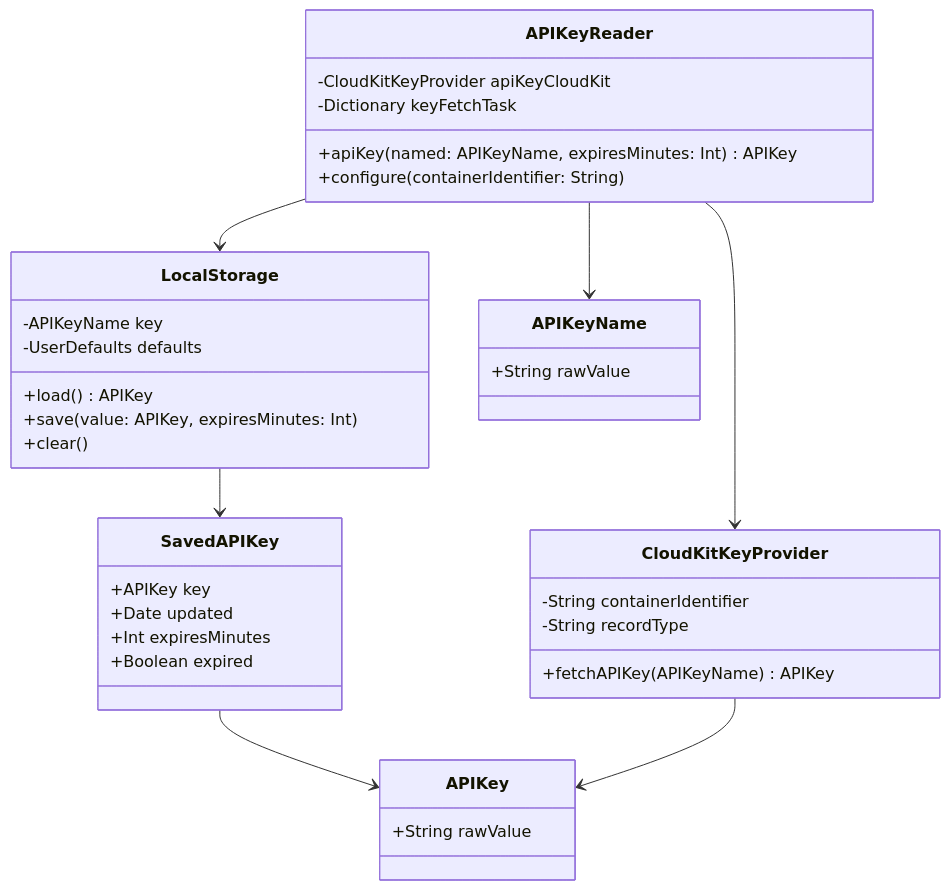
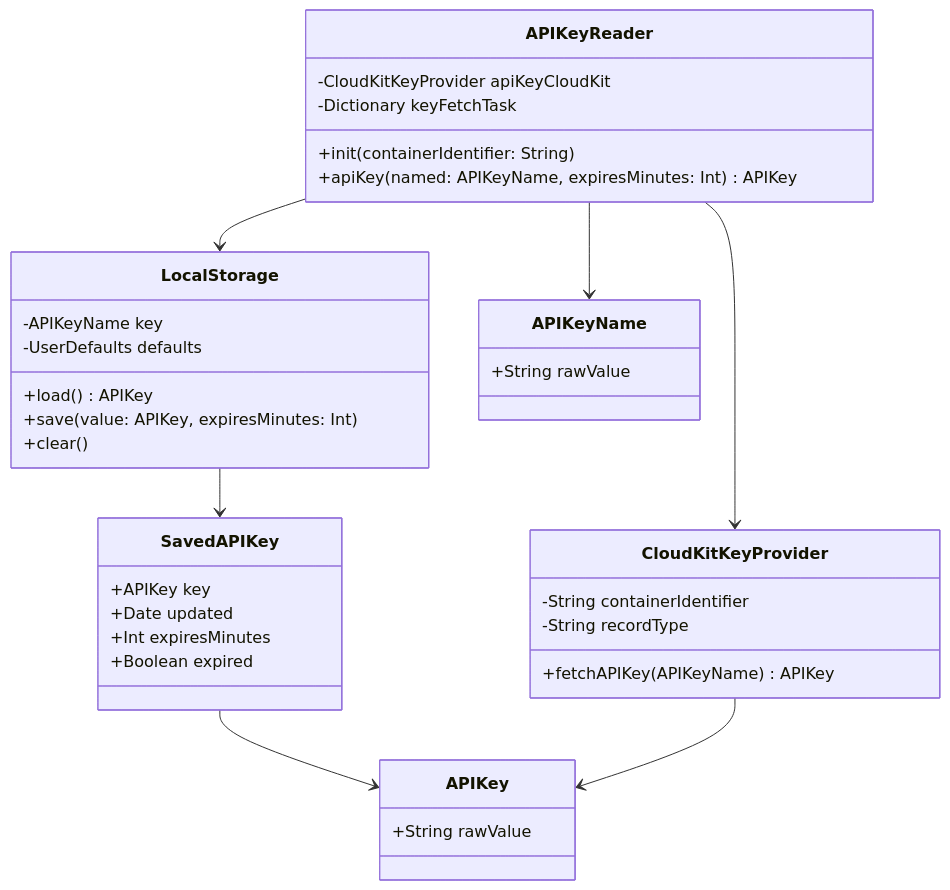
The first of 3 diagrams in Docs/readme.md (kraigspear/APIKeyReader), drawn with Mermaid before and after one commit. The commit also changed other lines of this file and 6 other files, not shown here.

````diff
--- a/Docs/readme.md
+++ b/Docs/readme.md
@@ -15,46 +15,46 @@
 ```mermaid
 classDiagram
     class APIKeyReader {
         -CloudKitKeyProvider apiKeyCloudKit
         -Dictionary keyFetchTask
+        +init(containerIdentifier: String)
         +apiKey(named: APIKeyName, expiresMinutes: Int) APIKey
-        +configure(containerIdentifier: String)
     }
     
     class CloudKitKeyProvider {
         -String containerIdentifier
         -String recordType
         +fetchAPIKey(APIKeyName) APIKey
     }
     
     class LocalStorage {
         -APIKeyName key
         -UserDefaults defaults
         +load() APIKey
         +save(value: APIKey, expiresMinutes: Int)
         +clear()
     }
     
     class SavedAPIKey {
         +APIKey key
         +Date updated
         +Int expiresMinutes
         +Boolean expired
     }
     
     class APIKey {
         +String rawValue
     }
     
     class APIKeyName {
         +String rawValue
     }
     
     APIKeyReader --> CloudKitKeyProvider
     APIKeyReader --> LocalStorage
     LocalStorage --> SavedAPIKey
     SavedAPIKey --> APIKey
     CloudKitKeyProvider --> APIKey
     APIKeyReader --> APIKeyName
 
 ```
````
